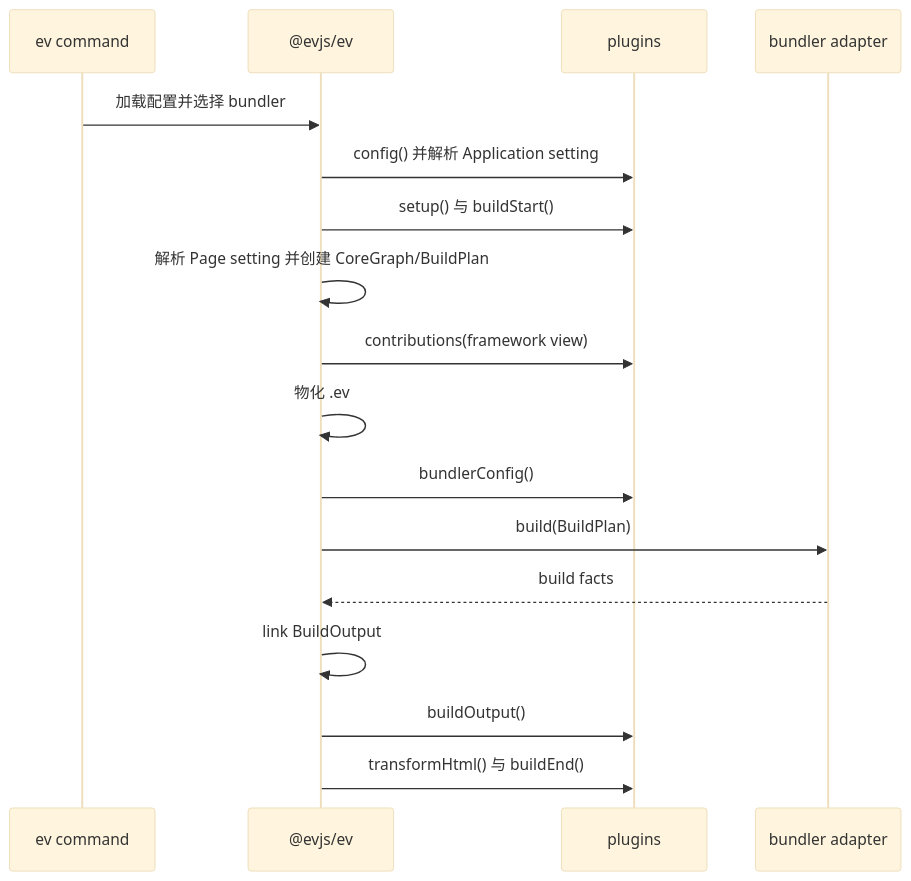
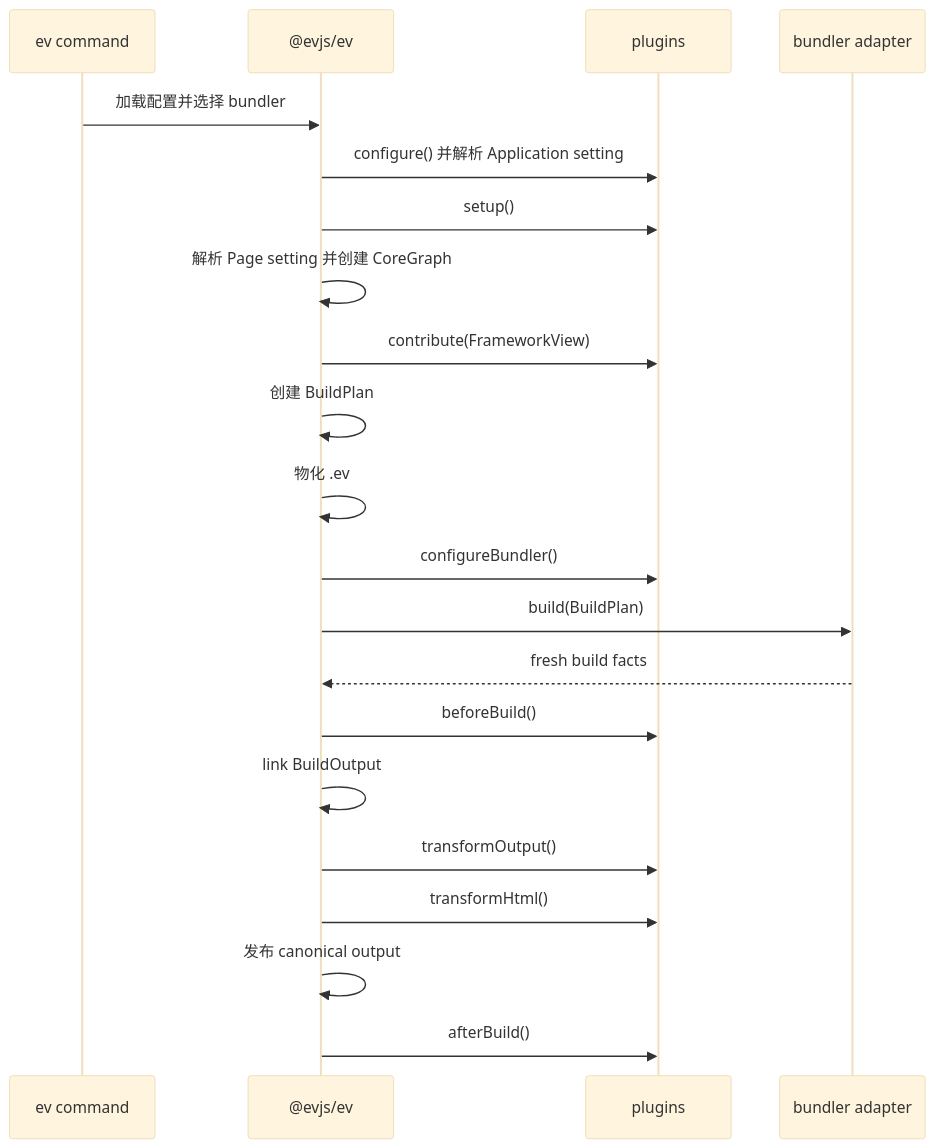
The second of 2 diagrams in docs/i18n/zh-Hans/docusaurus-plugin-content-docs/current/architecture.md (afx-team/evjs), drawn with Mermaid (base theme) before and after one commit. The commit also changed other lines of this file and 107 other files, not shown here.

````diff
--- a/docs/i18n/zh-Hans/docusaurus-plugin-content-docs/current/architecture.md
+++ b/docs/i18n/zh-Hans/docusaurus-plugin-content-docs/current/architecture.md
@@ -89,20 +89,24 @@
 ```mermaid
 sequenceDiagram
   participant CLI as ev command
   participant Core as @evjs/ev
   participant Plugin as plugins
   participant Bundler as bundler adapter
 
   CLI->>Core: 加载配置并选择 bundler
-  Core->>Plugin: config() 并解析 Application setting
-  Core->>Plugin: setup() 与 buildStart()
-  Core->>Core: 解析 Page setting 并创建 CoreGraph/BuildPlan
-  Core->>Plugin: contributions(framework view)
+  Core->>Plugin: configure() 并解析 Application setting
+  Core->>Plugin: setup()
+  Core->>Core: 解析 Page setting 并创建 CoreGraph
+  Core->>Plugin: contribute(FrameworkView)
+  Core->>Core: 创建 BuildPlan
   Core->>Core: 物化 .ev
-  Core->>Plugin: bundlerConfig()
+  Core->>Plugin: configureBundler()
   Core->>Bundler: build(BuildPlan)
-  Bundler-->>Core: build facts
+  Bundler-->>Core: fresh build facts
+  Core->>Plugin: beforeBuild()
   Core->>Core: link BuildOutput
-  Core->>Plugin: buildOutput()
-  Core->>Plugin: transformHtml() 与 buildEnd()
+  Core->>Plugin: transformOutput()
+  Core->>Plugin: transformHtml()
+  Core->>Core: 发布 canonical output
+  Core->>Plugin: afterBuild()
 ```
````
